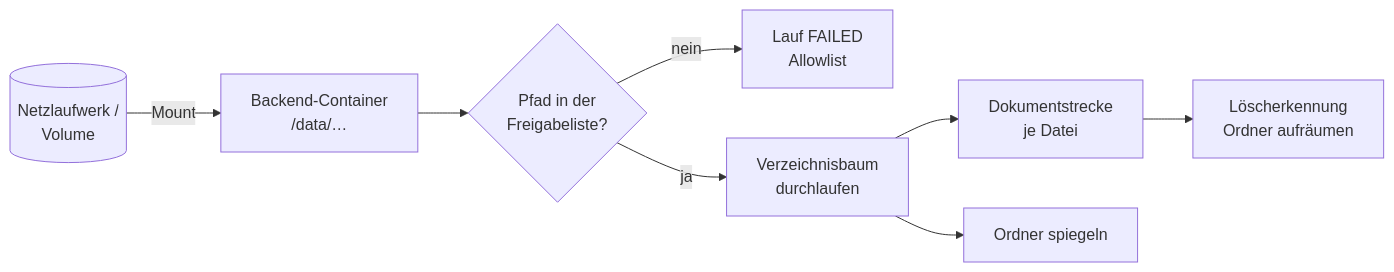
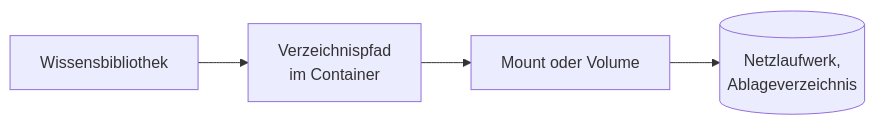
One commit to criew/opaa changed the diagram in docs/handbuch/konnektoren/filesystem.md. Above: the diagram before and after it, drawn with Mermaid. The commit also changed other lines of this file and 1 other file, not shown here.

````diff
--- a/docs/handbuch/konnektoren/filesystem.md
+++ b/docs/handbuch/konnektoren/filesystem.md
@@ -15,10 +10,6 @@
 ```mermaid
 flowchart LR
-    NL[(Netzlaufwerk /<br/>Volume)] -->|Mount| C[Backend-Container<br/>/data/…]
-    C --> A{Pfad in der<br/>Freigabeliste?}
-    A -- nein --> F[Lauf FAILED<br/>Allowlist]
-    A -- ja --> W[Verzeichnisbaum<br/>durchlaufen]
-    W --> D[Dokumentstrecke<br/>je Datei]
-    W --> O[Ordner spiegeln]
-    D --> L[Löscherkennung<br/>Ordner aufräumen]
+    B[Wissensbibliothek] --> P[Verzeichnispfad<br/>im Container]
+    P --> M[Mount oder Volume]
+    M --> N[(Netzlaufwerk,<br/>Ablageverzeichnis)]
 ```
````
